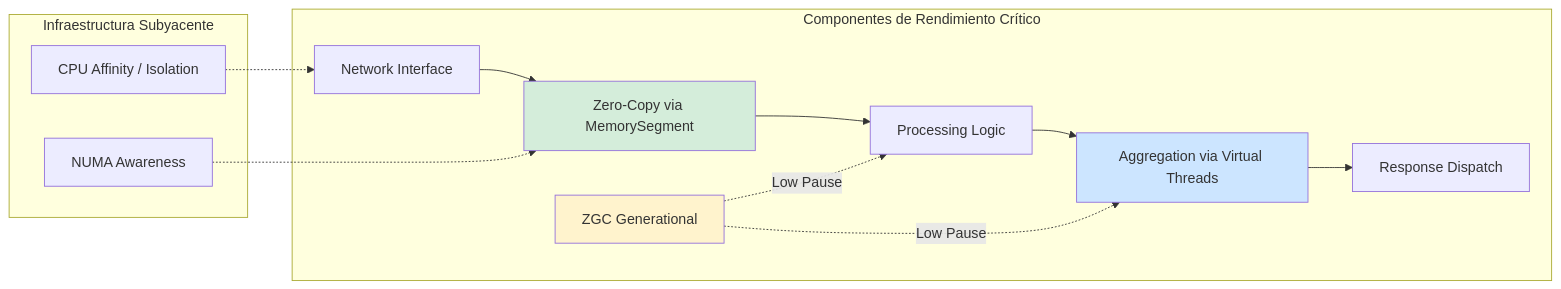
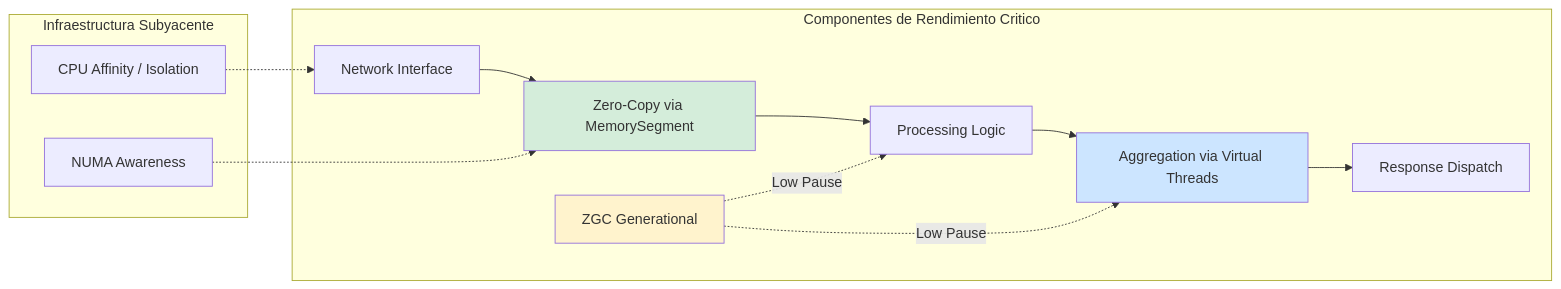
The second of 5 diagrams in 01_Java_Core/optimizacion_de_latencia_en_aplicaciones_java_de_baja_latencia_STAFF.md (Joaquinriosheredia/DAM-Java-Mastery), drawn with Mermaid before and after one commit. The commit also changed other lines of this file, not shown here.

````diff
--- a/01_Java_Core/optimizacion_de_latencia_en_aplicaciones_java_de_baja_latencia_STAFF.md
+++ b/01_Java_Core/optimizacion_de_latencia_en_aplicaciones_java_de_baja_latencia_STAFF.md
@@ -113,22 +131,22 @@
 ```mermaid
 graph LR
-    subgraph "Componentes de Rendimiento Crítico"
+    subgraph "Componentes de Rendimiento Critico"
         NET[Network Interface] --> ZERO_COPY[Zero-Copy via MemorySegment]
         ZERO_COPY --> PROC[Processing Logic]
         
         PROC --> AGG[Aggregation via Virtual Threads]
         AGG --> RESP[Response Dispatch]
         
         GC[ZGC Generational] -.->|Low Pause| PROC
         GC -.->|Low Pause| AGG
     end
     
     subgraph "Infraestructura Subyacente"
         CPU[CPU Affinity / Isolation] -.-> NET
         MEM[NUMA Awareness] -.-> ZERO_COPY
     end
     
     style ZERO_COPY fill:#d4edda
     style AGG fill:#cce5ff
     style GC fill:#fff3cd
 ```
````
